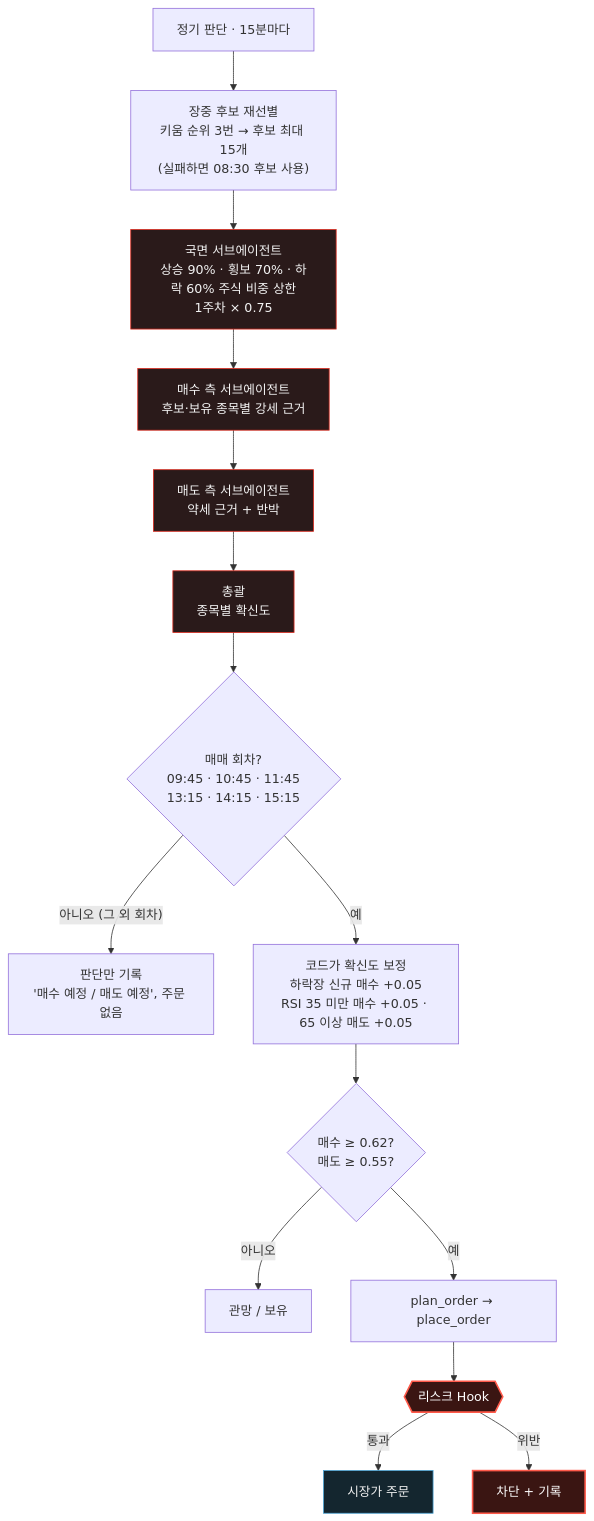
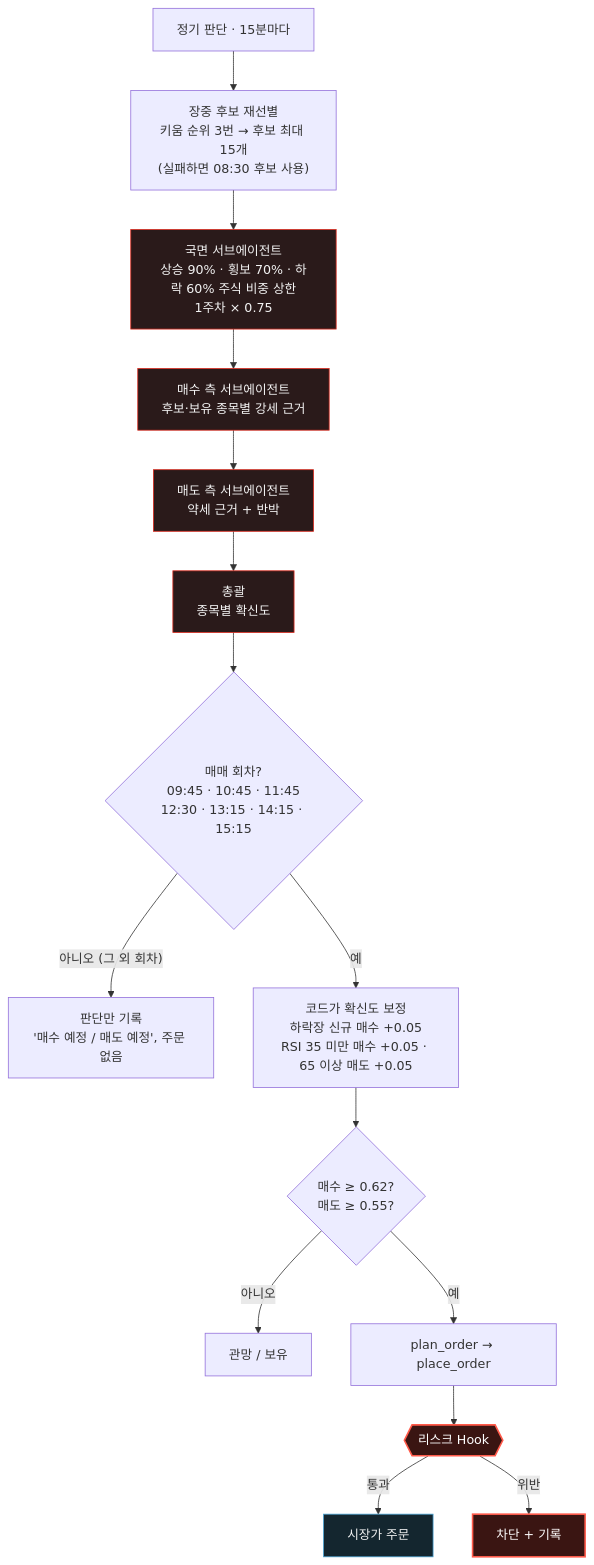
Before and after one commit to isopink/hynix-298f: the diagram in assets/diagrams/decision.ko.mmd, drawn with Mermaid. The commit also changed 9 other files, not shown here.

First line of the commit message:
Docs: 12:30 trading slot in instructions, READMEs and the decision diagram

```diff
--- a/assets/diagrams/decision.ko.mmd
+++ b/assets/diagrams/decision.ko.mmd
@@ -1,21 +1,21 @@
 flowchart TB
     S["정기 판단 · 15분마다"] --> P["장중 후보 재선별<br/>키움 순위 3번 → 후보 최대 15개<br/>(실패하면 08:30 후보 사용)"]
     P --> G["국면 서브에이전트<br/>상승 90% · 횡보 70% · 하락 60% 주식 비중 상한<br/>1주차 × 0.75"]
     G --> B["매수 측 서브에이전트<br/>후보·보유 종목별 강세 근거"]
     B --> R["매도 측 서브에이전트<br/>약세 근거 + 반박"]
     R --> L["총괄<br/>종목별 확신도"]
-    L --> T{"매매 회차?<br/>09:45 · 10:45 · 11:45<br/>13:15 · 14:15 · 15:15"}
+    L --> T{"매매 회차?<br/>09:45 · 10:45 · 11:45<br/>12:30 · 13:15 · 14:15 · 15:15"}
     T -- "아니오 (그 외 회차)" --> V["판단만 기록<br/>'매수 예정 / 매도 예정', 주문 없음"]
     T -- 예 --> C["코드가 확신도 보정<br/>하락장 신규 매수 +0.05<br/>RSI 35 미만 매수 +0.05 · 65 이상 매도 +0.05"]
     C --> Q{"매수 ≥ 0.62?<br/>매도 ≥ 0.55?"}
     Q -- 아니오 --> W["관망 / 보유"]
     Q -- 예 --> Z["plan_order → place_order"]
     Z --> H{{"리스크 Hook"}}
     H -- 통과 --> O["시장가 주문"]
     H -- 위반 --> X["차단 + 기록"]
     classDef agent fill:#2a1a1a,stroke:#da291c,color:#f3f3f3
     classDef hook fill:#3a1512,stroke:#ff5a4a,stroke-width:2px,color:#ffffff
     classDef ok fill:#14262f,stroke:#4aa3d4,color:#f3f3f3
     class G,B,R,L agent
     class H,X hook
     class O ok
```
